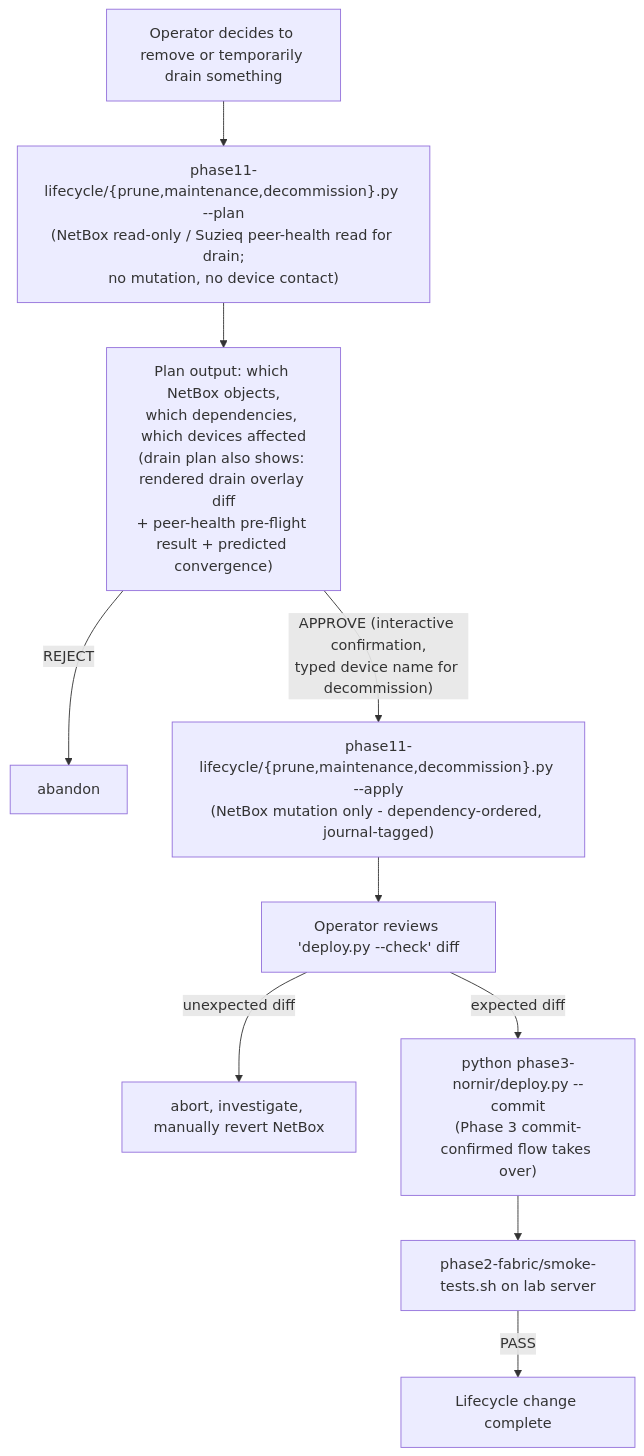
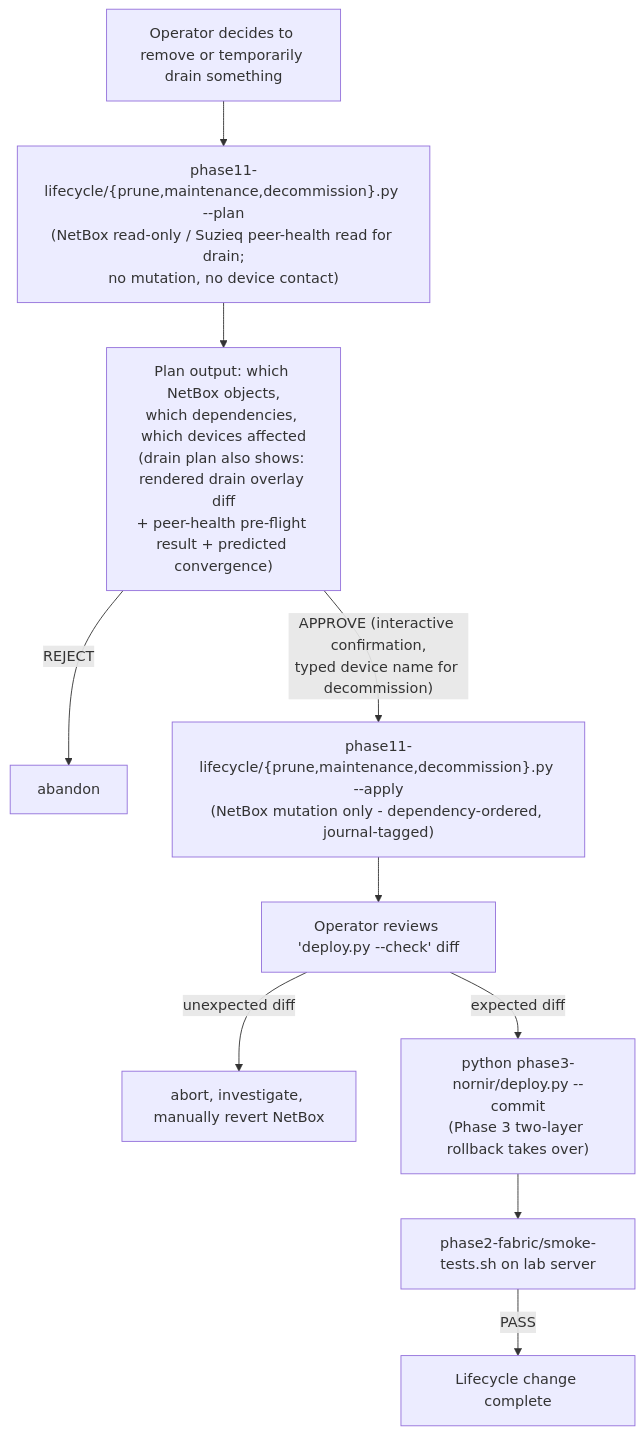
One commit to kmazur-tech/evpn-lab changed the second of 2 diagrams in PROJECT_PLAN.md. Above: the diagram before and after it, drawn with Mermaid. The commit also changed other lines of this file and 2 other files, not shown here.

````diff
--- a/PROJECT_PLAN.md
+++ b/PROJECT_PLAN.md
@@ -628,21 +628,21 @@
 ```mermaid
 flowchart TB
     op["Operator decides to remove or temporarily drain something"]
     plan["phase11-lifecycle/{prune,maintenance,decommission}.py --plan<br/>(NetBox read-only / Suzieq peer-health read for drain;<br/>no mutation, no device contact)"]
     plan_out["Plan output: which NetBox objects,<br/>which dependencies, which devices affected<br/>(drain plan also shows: rendered drain overlay diff<br/>+ peer-health pre-flight result + predicted convergence)"]
     abandon["abandon"]
     apply["phase11-lifecycle/{prune,maintenance,decommission}.py --apply<br/>(NetBox mutation only - dependency-ordered, journal-tagged)"]
     review["Operator reviews 'deploy.py --check' diff"]
     abort["abort, investigate, manually revert NetBox"]
-    commit["python phase3-nornir/deploy.py --commit<br/>(Phase 3 commit-confirmed flow takes over)"]
+    commit["python phase3-nornir/deploy.py --commit<br/>(Phase 3 two-layer rollback takes over)"]
     smoke["phase2-fabric/smoke-tests.sh on lab server"]
     ok["Lifecycle change complete"]
 
     op --> plan --> plan_out
     plan_out -- REJECT --> abandon
     plan_out -- "APPROVE (interactive confirmation,<br/>typed device name for decommission)" --> apply
     apply --> review
     review -- unexpected diff --> abort
     review -- expected diff --> commit --> smoke
     smoke -- PASS --> ok
 ```
````
